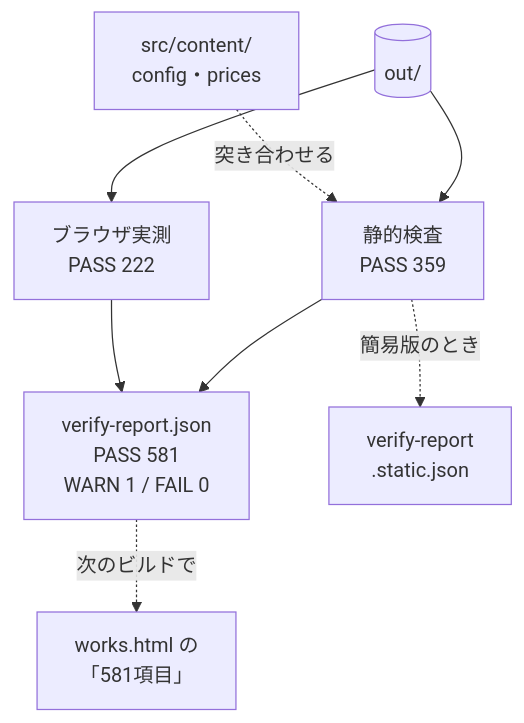
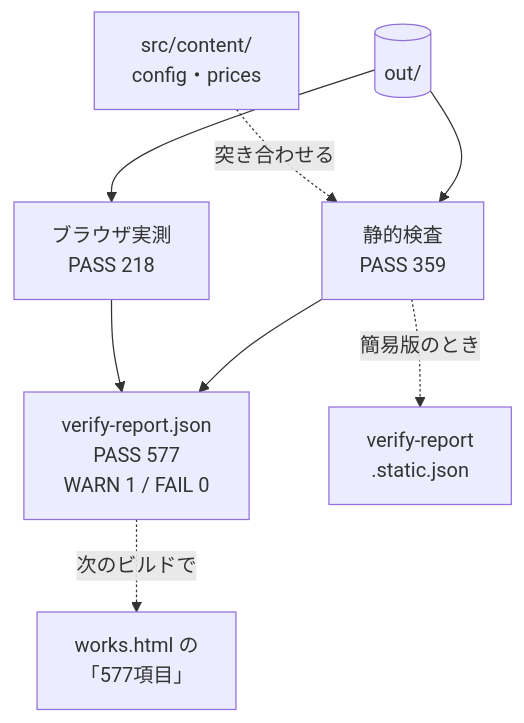
Before and after one commit to bright-broom/tsumugi: the third of 4 diagrams in site/README.md, drawn with Mermaid. The commit also changed other lines of this file and 114 other files, not shown here.

````diff
--- a/site/README.md
+++ b/site/README.md
@@ -59,10 +59,10 @@
 ```mermaid
 flowchart TD
   out[("out/")] --> st["静的検査<br/>PASS 359"]
-  out --> br["ブラウザ実測<br/>PASS 222"]
+  out --> br["ブラウザ実測<br/>PASS 218"]
   content["src/content/<br/>config・prices"] -.->|突き合わせる| st
-  st --> full["verify-report.json<br/>PASS 581<br/>WARN 1 / FAIL 0"]
+  st --> full["verify-report.json<br/>PASS 577<br/>WARN 1 / FAIL 0"]
   br --> full
   st -.->|簡易版のとき| static["verify-report<br/>.static.json"]
-  full -.->|次のビルドで| works["works.html の<br/>「581項目」"]
+  full -.->|次のビルドで| works["works.html の<br/>「577項目」"]
 ```
````
